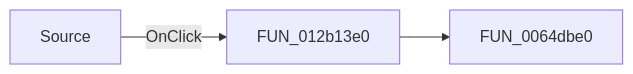
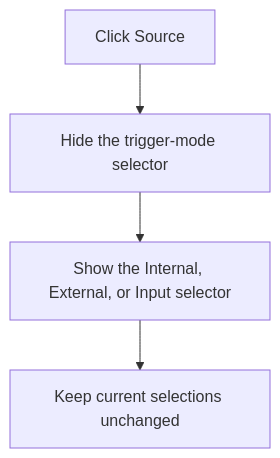
Before and after one commit to MovGP0/TIARA: the diagram in docs/ui-controls/scopewin/triggersourcebtn-5ba10bd835.md, drawn with Mermaid. The commit also changed other lines of this file and 1062 other files, not shown here.

````diff
--- a/docs/ui-controls/scopewin/triggersourcebtn-5ba10bd835.md
+++ b/docs/ui-controls/scopewin/triggersourcebtn-5ba10bd835.md
@@ -27,5 +29,6 @@
 ```mermaid
-flowchart LR
-    control["Source"] -->|OnClick| handler["FUN_012b13e0"]
-    handler --> call1["FUN_0064dbe0"]
+flowchart TD
+    control["Click Source"] --> hide["Hide the trigger-mode selector"]
+    hide --> show["Show the Internal, External, or Input selector"]
+    show --> finish["Keep current selections unchanged"]
 ```
````
